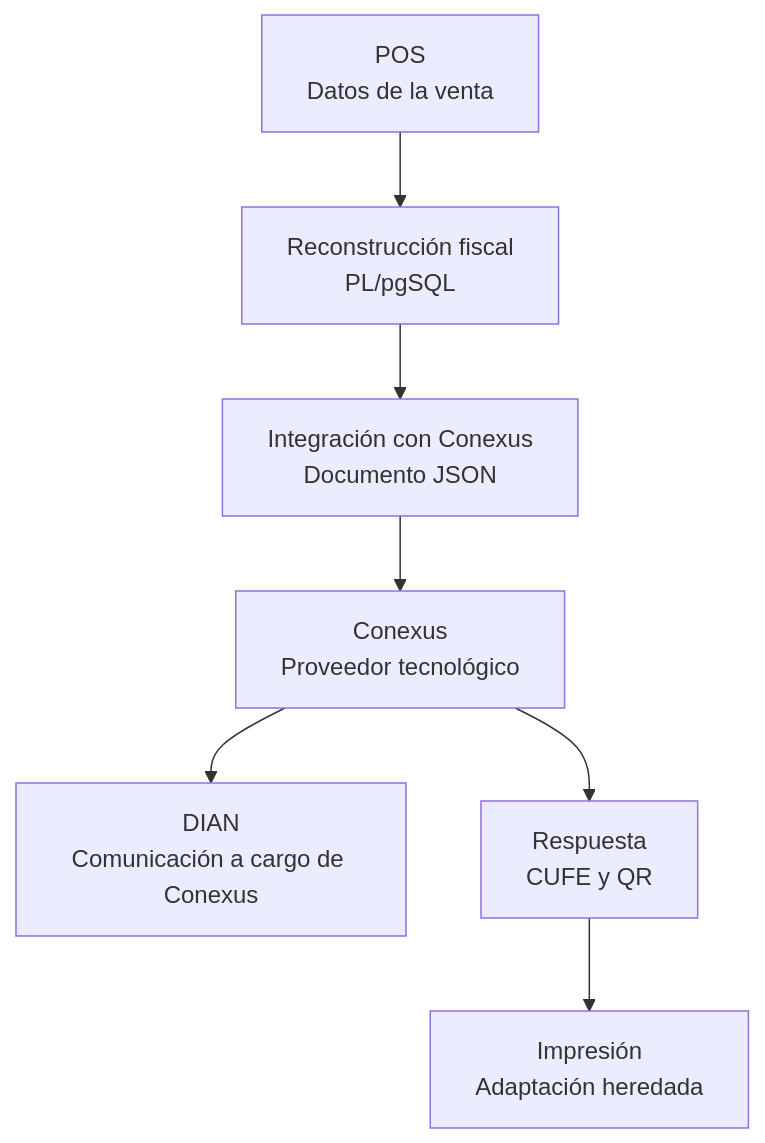
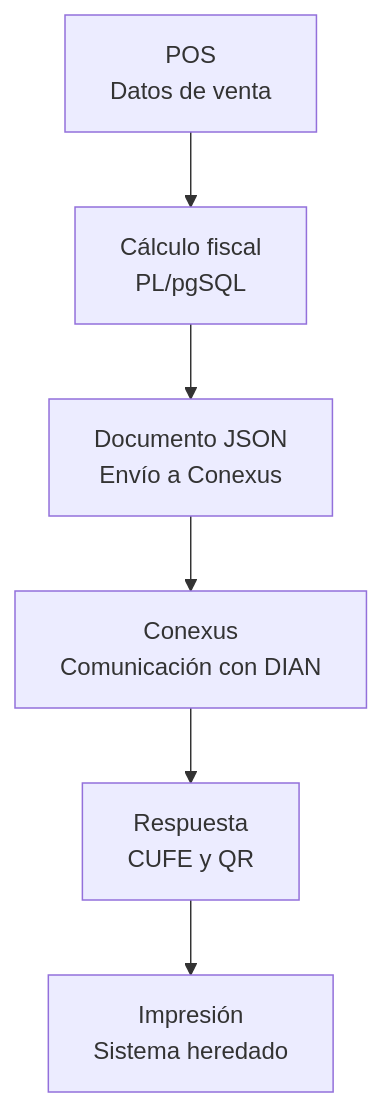
The diagram in case-study-facturacion-electronica.md (jotaprogramming/Portfolio), drawn with Mermaid before and after one commit.

Commit message:
Compactar diagrama de facturación para móvil

````diff
--- a/case-study-facturacion-electronica.md
+++ b/case-study-facturacion-electronica.md
@@ -116,9 +116,8 @@
 ```mermaid
-flowchart TD
-    A["POS<br/>Datos de la venta"] --> B["Reconstrucción fiscal<br/>PL/pgSQL"]
-    B --> C["Integración con Conexus<br/>Documento JSON"]
-    C --> D["Conexus<br/>Proveedor tecnológico"]
-    D --> E["DIAN<br/>Comunicación a cargo de Conexus"]
-    D --> F["Respuesta<br/>CUFE y QR"]
-    F --> G["Impresión<br/>Adaptación heredada"]
+flowchart TB
+    A["POS<br/>Datos de venta"] --> B["Cálculo fiscal<br/>PL/pgSQL"]
+    B --> C["Documento JSON<br/>Envío a Conexus"]
+    C --> D["Conexus<br/>Comunicación con DIAN"]
+    D --> E["Respuesta<br/>CUFE y QR"]
+    E --> F["Impresión<br/>Sistema heredado"]
 ```
````
